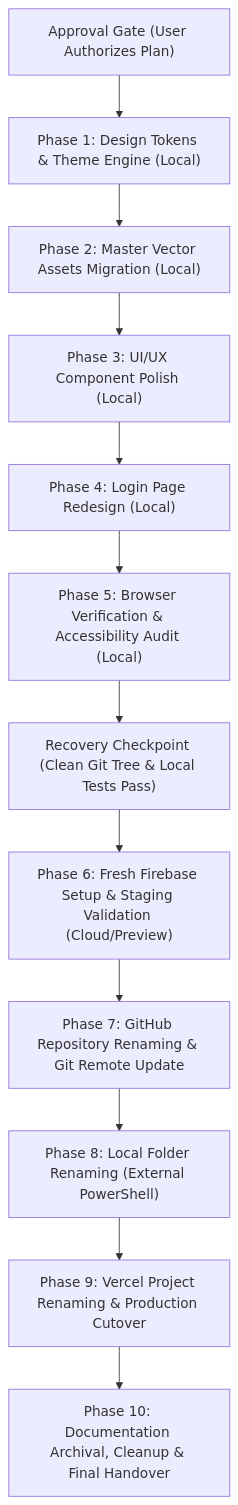
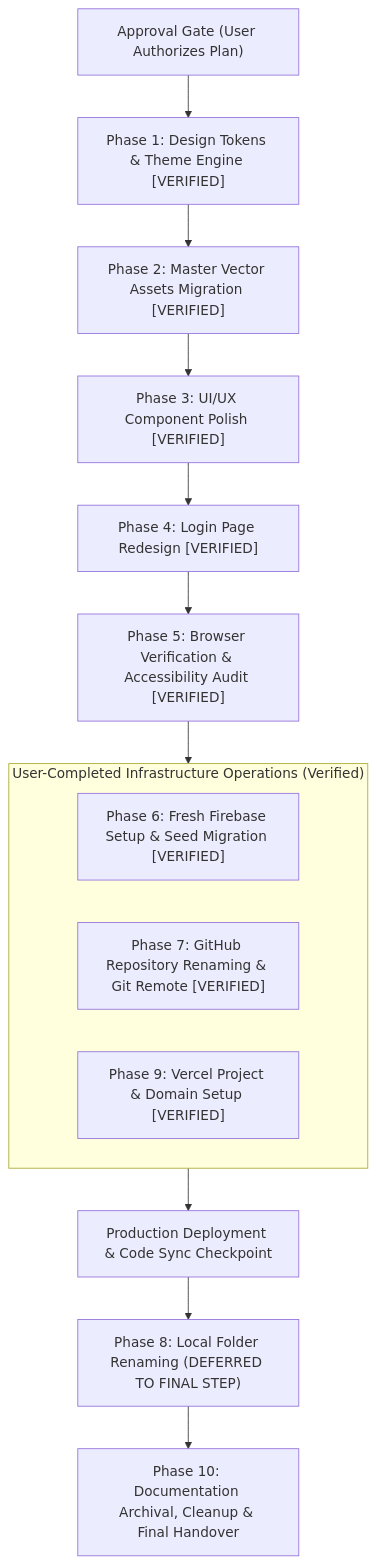
One commit to manishborikar92/Regimen changed the diagram in docs/branding-exploration/06-phased-implementation-plan.md. Above: the diagram before and after it, drawn with Mermaid. The commit also changed other lines of this file and 32 other files, not shown here.

First line of the commit message:
docs(phase-5): Add browser test evidence and update phased implementation plan

````diff
--- a/docs/branding-exploration/06-phased-implementation-plan.md
+++ b/docs/branding-exploration/06-phased-implementation-plan.md
@@ -259,14 +259,19 @@
 ```mermaid
 flowchart TD
-    Gate["Approval Gate (User Authorizes Plan)"] --> P1["Phase 1: Design Tokens & Theme Engine (Local)"]
-    P1 --> P2["Phase 2: Master Vector Assets Migration (Local)"]
-    P2 --> P3["Phase 3: UI/UX Component Polish (Local)"]
-    P3 --> P4["Phase 4: Login Page Redesign (Local)"]
-    P4 --> P5["Phase 5: Browser Verification & Accessibility Audit (Local)"]
-    P5 --> Checkpoint["Recovery Checkpoint (Clean Git Tree & Local Tests Pass)"]
-    Checkpoint --> P6["Phase 6: Fresh Firebase Setup & Staging Validation (Cloud/Preview)"]
-    P6 --> P7["Phase 7: GitHub Repository Renaming & Git Remote Update"]
-    P7 --> P8["Phase 8: Local Folder Renaming (External PowerShell)"]
-    P8 --> P9["Phase 9: Vercel Project Renaming & Production Cutover"]
-    P9 --> P10["Phase 10: Documentation Archival, Cleanup & Final Handover"]
+    Gate["Approval Gate (User Authorizes Plan)"] --> P1["Phase 1: Design Tokens & Theme Engine [VERIFIED]"]
+    P1 --> P2["Phase 2: Master Vector Assets Migration [VERIFIED]"]
+    P2 --> P3["Phase 3: UI/UX Component Polish [VERIFIED]"]
+    P3 --> P4["Phase 4: Login Page Redesign [VERIFIED]"]
+    P4 --> P5["Phase 5: Browser Verification & Accessibility Audit [VERIFIED]"]
+
+    subgraph UserCompletedInfra["User-Completed Infrastructure Operations (Verified)"]
+        P6["Phase 6: Fresh Firebase Setup & Seed Migration [VERIFIED]"]
+        P7["Phase 7: GitHub Repository Renaming & Git Remote [VERIFIED]"]
+        P9["Phase 9: Vercel Project & Domain Setup [VERIFIED]"]
+    end
+
+    P5 --> UserCompletedInfra
+    UserCompletedInfra --> Checkpoint["Production Deployment & Code Sync Checkpoint"]
+    Checkpoint --> P8["Phase 8: Local Folder Renaming (DEFERRED TO FINAL STEP)"]
+    P8 --> P10["Phase 10: Documentation Archival, Cleanup & Final Handover"]
 ```
````
